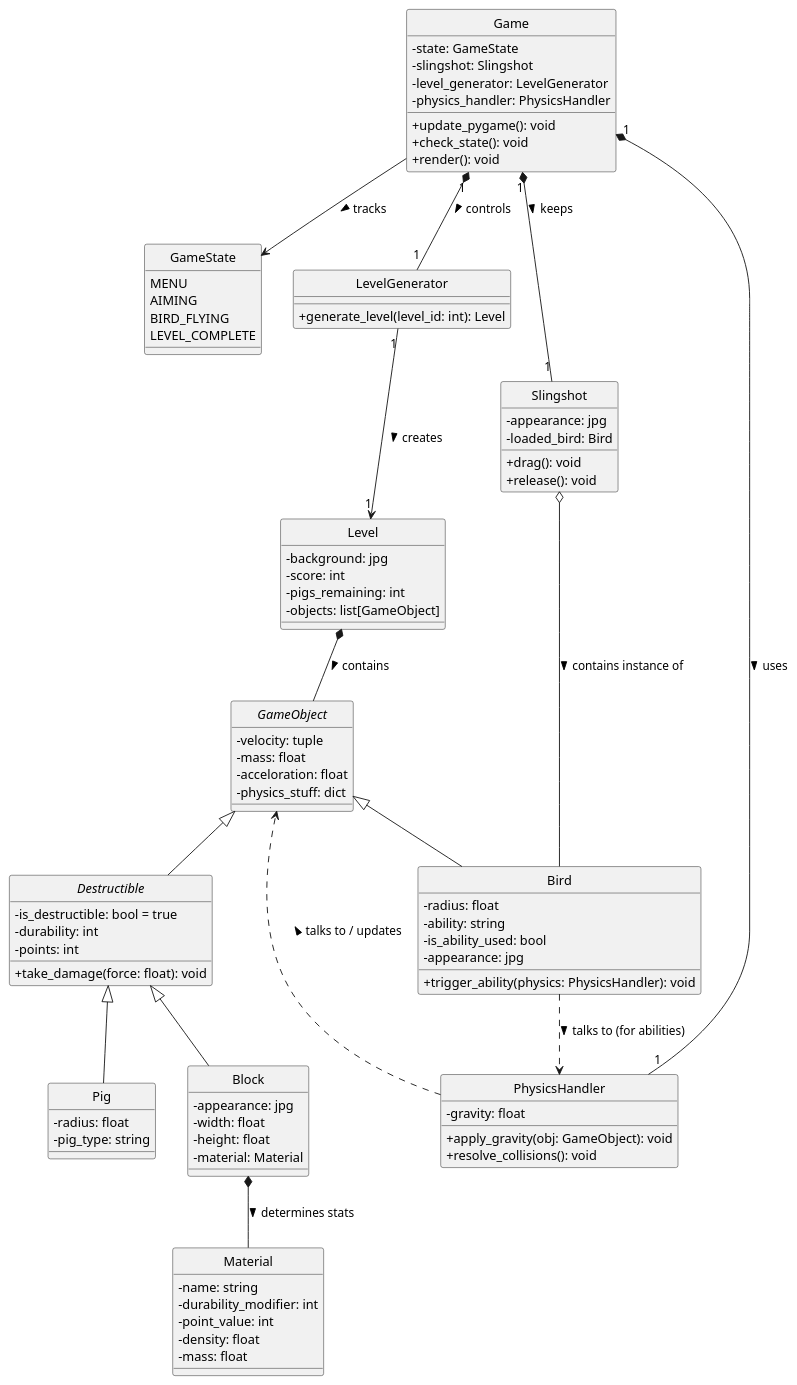
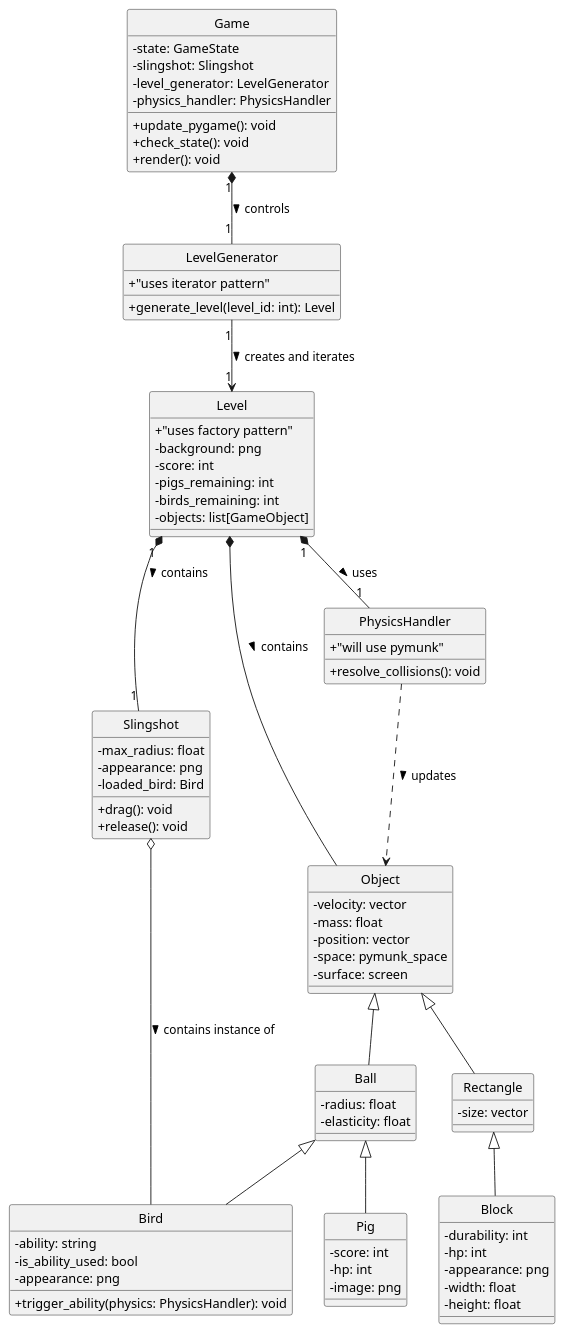
The diagram in FinalProject/uml/logical.plantuml (Riley06V/SeethingSparrows_OOP_Final), drawn with PlantUML before and after one commit.

Commit message:
Finished Logical View for 4+1 view

```diff
--- a/FinalProject/uml/logical.plantuml
+++ b/FinalProject/uml/logical.plantuml
@@ -1,118 +1,116 @@
 @startuml
 skinparam classAttributeIconSize 0
 skinparam monochrome true
 hide circle
 
-' --- Enums & States ---
-enum GameState {
-    MENU
-    AIMING
-    BIRD_FLYING
-    LEVEL_COMPLETE
-}
 
 ' --- Core Controllers (Lines 3-8) ---
 class Game {
     - state: GameState
     - slingshot: Slingshot
     - level_generator: LevelGenerator
     - physics_handler: PhysicsHandler
     + update_pygame(): void
     + check_state(): void
     + render(): void
 }
 
-class LevelGenerator {
-    + generate_level(level_id: int): Level
-}
-
-class Level {
-    - background: jpg
-    - score: int
-    - pigs_remaining: int
-    - objects: list[GameObject]
-}
-
 class Slingshot {
-    - appearance: jpg
+    - max_radius: float
+    - appearance: png
     - loaded_bird: Bird
     + drag(): void
     + release(): void
 }
 
+class Object {
+
+    - velocity: vector
+    - mass: float
+    - position: vector
+    - space: pymunk_space
+    - surface: screen
+    
+    
+}
+
+class Ball {
+
+    -radius: float
+    -elasticity: float
+}
+
+class Bird {
+    
+    - ability: string
+    - is_ability_used: bool
+    - appearance: png
+    + trigger_ability(physics: PhysicsHandler): void
+}
+
+class Pig {
+    - score: int
+    - hp: int
+    - image: png
+
+}
+
+class Rectangle {
+
+    - size: vector
+}
+class Block {
+    - durability: int
+    - hp: int
+    - appearance: png
+    - width: float
+    - height: float
+}
+
+class LevelGenerator {
+    + "uses iterator pattern"
+    + generate_level(level_id: int): Level
+}
+
+class Level {
+    + "uses factory pattern"
+    - background: png
+    - score: int
+    - pigs_remaining: int
+    - birds_remaining: int
+    - objects: list[GameObject]
+}
+
+
+
 ' --- Physics Engine (Lines 19-22) ---
 class PhysicsHandler {
-    - gravity: float
-    + apply_gravity(obj: GameObject): void
+    + "will use pymunk"
+    
     + resolve_collisions(): void
 }
 
-' --- World Objects (Lines 9-17) ---
-abstract class GameObject {
-    - velocity: tuple
-    - mass: float
-    - acceloration: float
-    - physics_stuff: dict
-}
 
-class Bird {
-    - radius: float
-    - ability: string
-    - is_ability_used: bool
-    - appearance: jpg
-    + trigger_ability(physics: PhysicsHandler): void
-}
-
-abstract class Destructible {
-    - is_destructible: bool = true
-    - durability: int
-    - points: int
-    + take_damage(force: float): void
-}
-
-class Block {
-    - appearance: jpg
-    - width: float
-    - height: float
-    - material: Material
-}
-
-class Material {
-    - name: string
-    - durability_modifier: int
-    - point_value: int
-    - density: float
-    - mass: float
-}
-
-class Pig {
-    - radius: float
-    - pig_type: string
-}
-
-' --- Relationships & Connections ---
 
 ' Game Control Flow
 Game "1" *-- "1" LevelGenerator : controls >
-LevelGenerator "1" --> "1" Level : creates >
-Game "1" *-- "1" Slingshot : keeps >
+LevelGenerator "1" --> "1" Level : creates and iterates >
+Level "1" *-- "1" Slingshot : contains >
 Slingshot o-- Bird : contains instance of >
-Game --> GameState : tracks >
 
 ' Physics Interactions
-Game "1" *-- "1" PhysicsHandler : uses >
-PhysicsHandler ..> GameObject : talks to / updates >
-Bird ..> PhysicsHandler : talks to (for abilities) >
-Level *-- GameObject : contains >
+Level "1" *-- "1" PhysicsHandler : uses >
+PhysicsHandler ..> Object : updates >
+Level *-- Object : contains >
 
 ' Inheritance Tree
-GameObject <|-- Bird
-GameObject <|-- Destructible
+Object <|-- Ball
+Object <|-- Rectangle
 
-Destructible <|-- Pig
-Destructible <|-- Block
 
-' Composition
-Block *-- Material : determines stats >
+Ball <|-- Bird
+Ball <|-- Pig
+Rectangle <|-- Block
+
 
 @enduml
```
